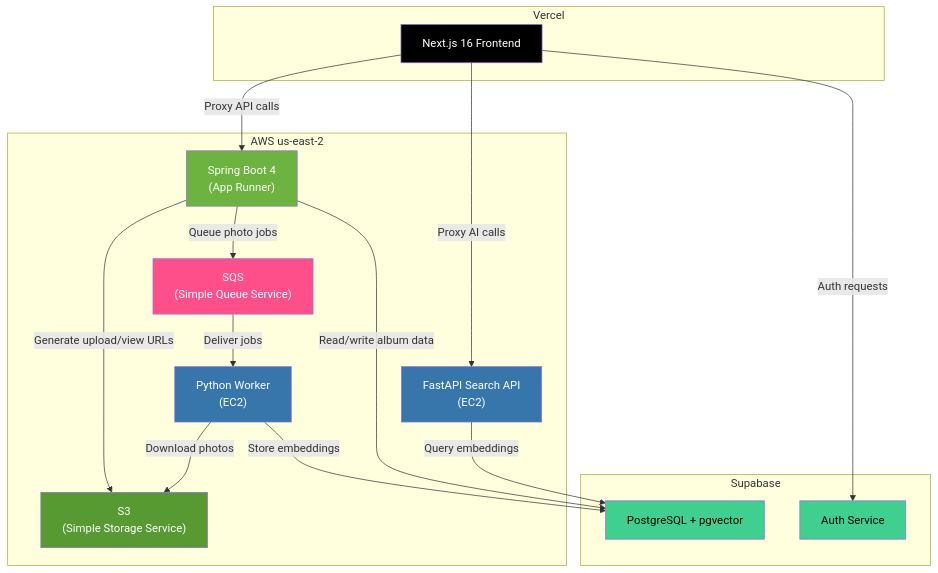
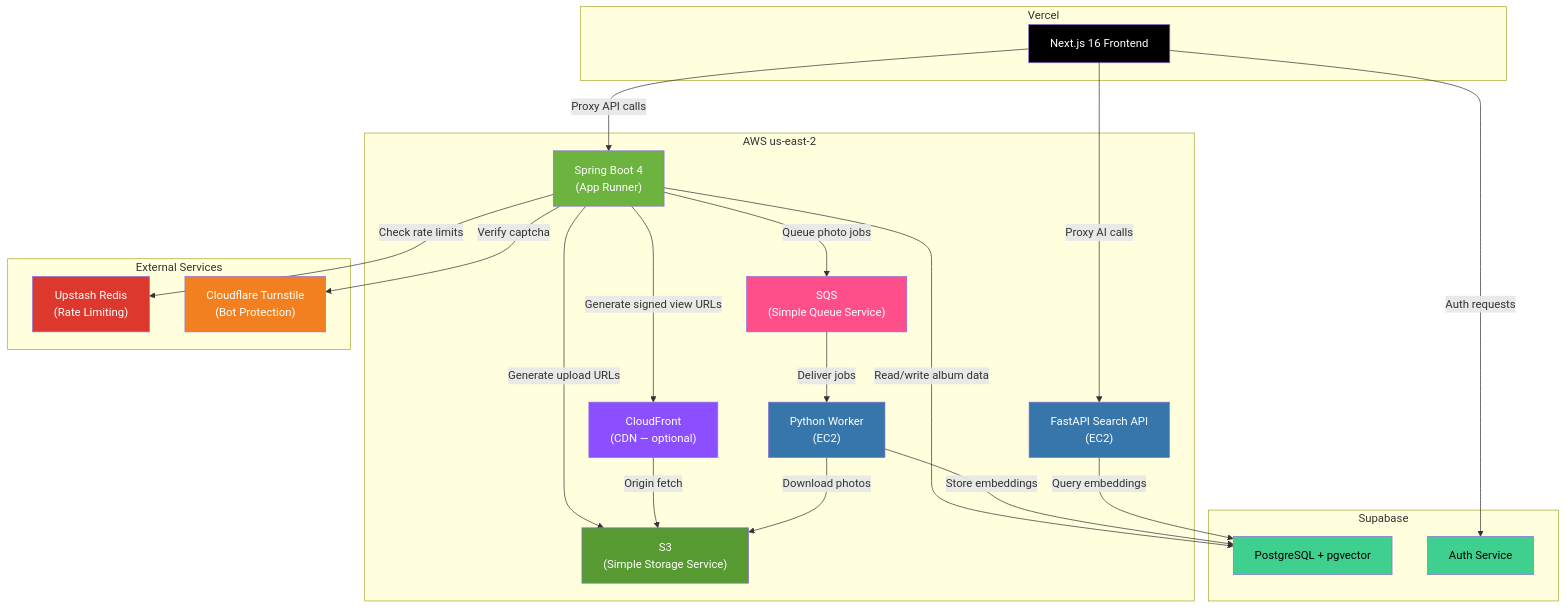
Before and after one commit to Shahir-47/grab-pic: diagram 14 of 14 in README.md, drawn with Mermaid. The commit also changed other lines of this file and 2 other files, not shown here.

Commit message:
feat: update README and code comments for clarity on photo limits and embedding dimensions

````diff
--- a/README.md
+++ b/README.md
@@ -629,39 +691,52 @@
 ```mermaid
 graph TD
     subgraph "Vercel"
         FE["Next.js 16 Frontend"]
     end
 
     subgraph "AWS us-east-2"
         BE["Spring Boot 4<br>(App Runner)"]
         WORKER["Python Worker<br>(EC2)"]
         API["FastAPI Search API<br>(EC2)"]
         BUCKET["S3<br>(Simple Storage Service)"]
+        CF["CloudFront<br>(CDN — optional)"]
         QUEUE["SQS<br>(Simple Queue Service)"]
     end
 
     subgraph "Supabase"
         DB["PostgreSQL + pgvector"]
         AUTH["Auth Service"]
     end
 
+    subgraph "External Services"
+        REDIS["Upstash Redis<br>(Rate Limiting)"]
+        TURNSTILE["Cloudflare Turnstile<br>(Bot Protection)"]
+    end
+
     FE -->|"Proxy API calls"| BE
     FE -->|"Proxy AI calls"| API
     FE -->|"Auth requests"| AUTH
-    BE -->|"Generate upload/view URLs"| BUCKET
+    BE -->|"Generate upload URLs"| BUCKET
+    BE -->|"Generate signed view URLs"| CF
+    CF -->|"Origin fetch"| BUCKET
     BE -->|"Queue photo jobs"| QUEUE
     BE -->|"Read/write album data"| DB
+    BE -->|"Check rate limits"| REDIS
+    BE -->|"Verify captcha"| TURNSTILE
     QUEUE -->|"Deliver jobs"| WORKER
     WORKER -->|"Download photos"| BUCKET
     WORKER -->|"Store embeddings"| DB
     API -->|"Query embeddings"| DB
 
     style FE fill:#000,color:#fff
     style BE fill:#6DB33F,color:#fff
     style WORKER fill:#3776AB,color:#fff
     style API fill:#3776AB,color:#fff
     style BUCKET fill:#569A31,color:#fff
+    style CF fill:#8C4FFF,color:#fff
     style QUEUE fill:#FF4F8B,color:#fff
+    style REDIS fill:#DC382D,color:#fff
+    style TURNSTILE fill:#F38020,color:#fff
     style DB fill:#3FCF8E,color:#000
     style AUTH fill:#3FCF8E,color:#000
 ```
````
